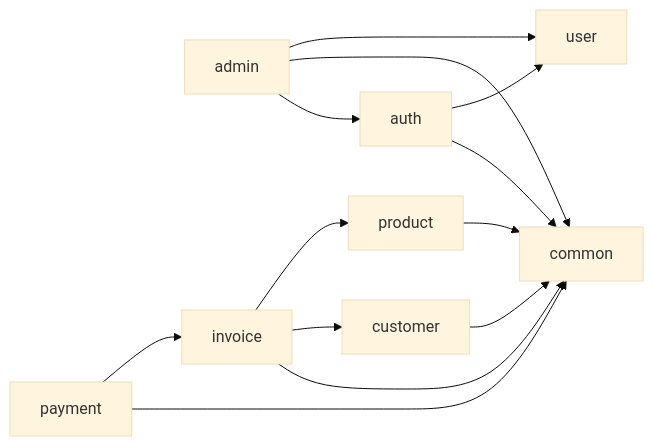
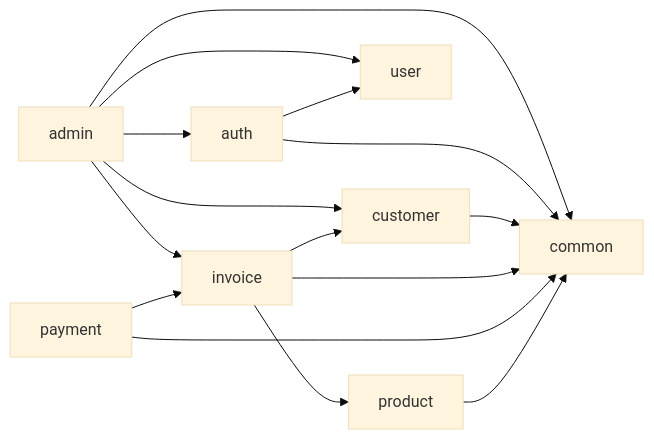
The first of 3 diagrams in docs/architecture.md (BrahimNJ/InvoiceFlow), drawn with Mermaid (base theme) before and after one commit. The commit also changed 5 other files, not shown here.

````diff
--- a/docs/architecture.md
+++ b/docs/architecture.md
@@ -31,15 +31,17 @@
 ```mermaid
 flowchart LR
     admin --> auth
     admin --> common
+    admin --> customer
+    admin --> invoice
     admin --> user
     auth --> common
     auth --> user
     customer --> common
     invoice --> common
     invoice --> customer
     invoice --> product
     payment --> common
     payment --> invoice
     product --> common
 ```
````
